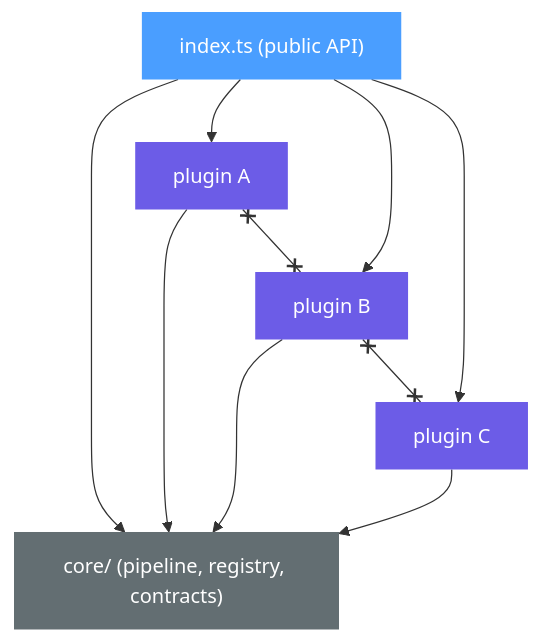
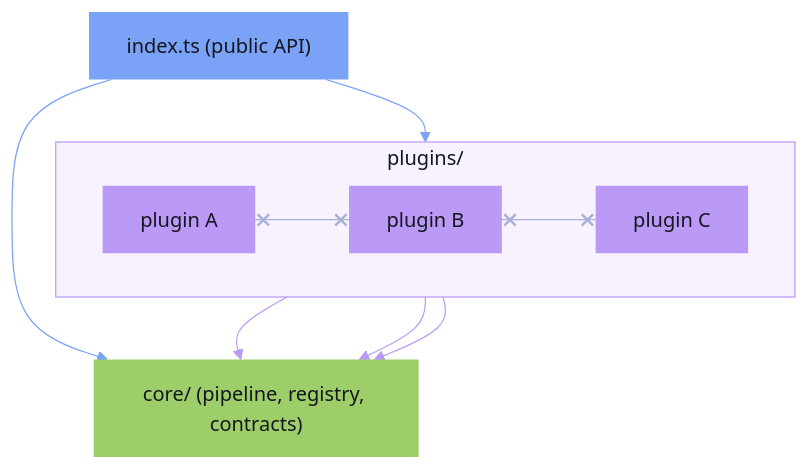
Before and after one commit to ochairo/beat-site: the diagram in src/features/docs/data/content/architecture/plugin-architecture.md, drawn with Mermaid. The commit also changed other lines of this file and 54 other files, not shown here.

Commit message:
refactor: architecture to match feature focused clean architecture

````diff
--- a/src/features/docs/data/content/architecture/plugin-architecture.md
+++ b/src/features/docs/data/content/architecture/plugin-architecture.md
@@ -134,24 +197,31 @@
 ```mermaid
-graph TD
+flowchart TD
   API["index.ts (public API)"]
   CORE["core/ (pipeline, registry, contracts)"]
-  PA["plugin A"]
-  PB["plugin B"]
-  PC["plugin C"]
 
+  subgraph PLUGINS ["plugins/"]
+    direction LR
+    PA["plugin A"]
+    PB["plugin B"]
+    PC["plugin C"]
+    PA x--x PB
+    PB x--x PC
+  end
+
+  API --> PLUGINS
   API --> CORE
-  API --> PA
-  API --> PB
-  API --> PC
   PA --> CORE
   PB --> CORE
   PC --> CORE
-  PA x--x PB
-  PB x--x PC
 
-  style API fill:#4a9eff,color:#fff,stroke:none
-  style CORE fill:#636e72,color:#fff,stroke:none
-  style PA fill:#6c5ce7,color:#fff,stroke:none
-  style PB fill:#6c5ce7,color:#fff,stroke:none
-  style PC fill:#6c5ce7,color:#fff,stroke:none
+  style API fill:#7aa2f7,color:#15161e,stroke:none
+  style CORE fill:#9ece6a,color:#15161e,stroke:none
+  style PA fill:#bb9af7,color:#15161e,stroke:none
+  style PB fill:#bb9af7,color:#15161e,stroke:none
+  style PC fill:#bb9af7,color:#15161e,stroke:none
+
+  style PLUGINS fill:#bb9af720,stroke:#bb9af7,color:#15161e
+  linkStyle 0,1 stroke:#a9b1d6
+  linkStyle 2,3 stroke:#7aa2f7
+  linkStyle 4,5,6 stroke:#bb9af7
 ```
````
